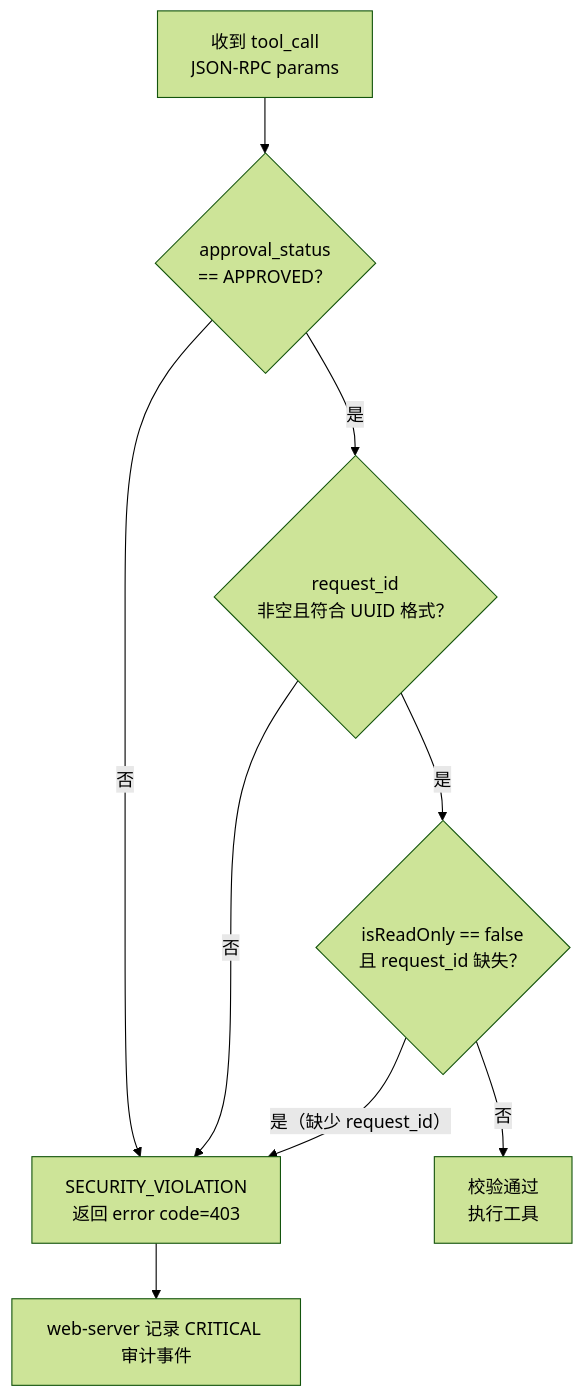
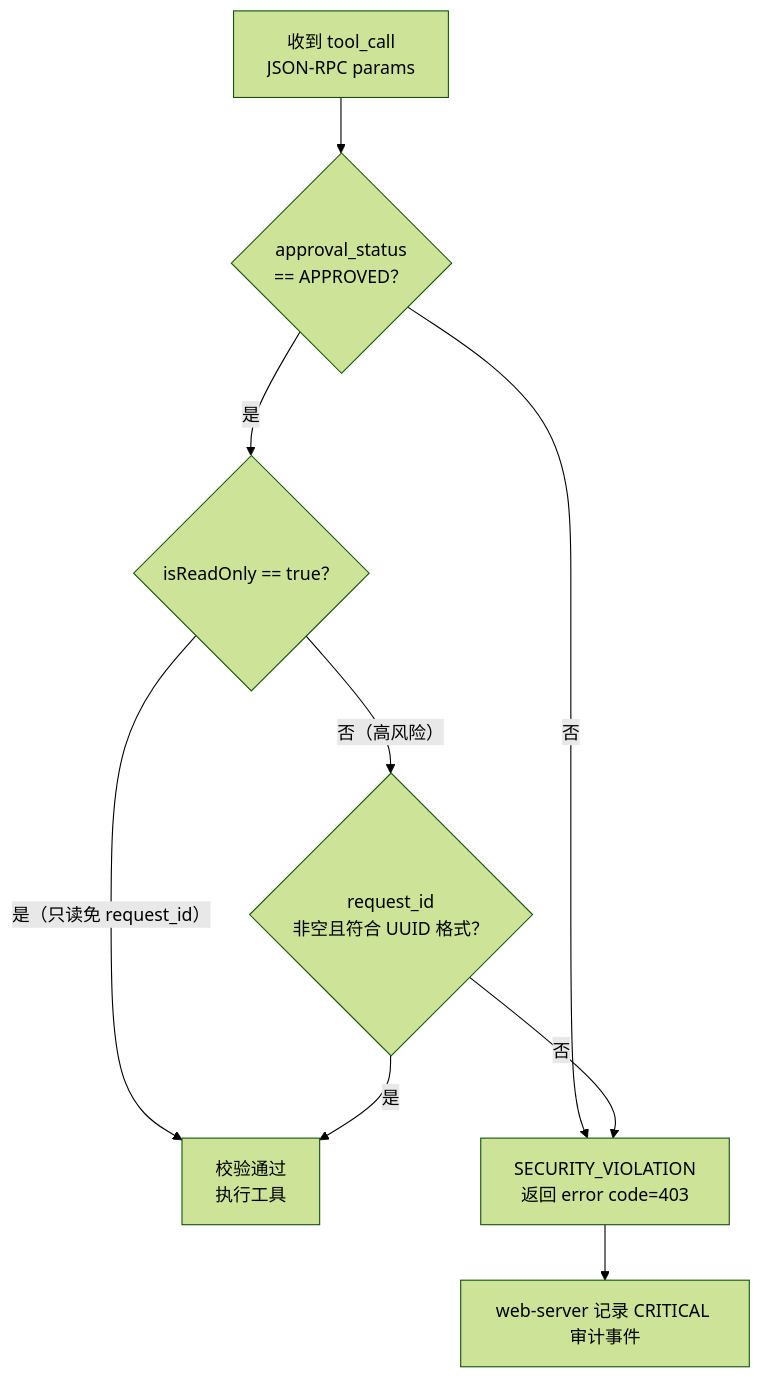
One commit to nazzeDe/alascup-agent changed the second of 7 diagrams in tool-server/graph.md. Above: the diagram before and after it, drawn with Mermaid (forest theme). The commit also changed 50 other files, not shown here.

````diff
--- a/tool-server/graph.md
+++ b/tool-server/graph.md
@@ -97,21 +97,21 @@
 ```mermaid
 flowchart TD
     %% 声明
     receive["收到 tool_call<br/>JSON-RPC params"]
     check_approval{"approval_status<br/>== APPROVED？"}
-    check_uuid{"request_id<br/>非空且符合 UUID 格式？"}
-    check_highrisk{"isReadOnly == false<br/>且 request_id 缺失？"}
+    check_readonly{"isReadOnly == true？"}
+    check_request{"request_id<br/>非空且符合 UUID 格式？"}
     pass["校验通过<br/>执行工具"]
     fail["SECURITY_VIOLATION<br/>返回 error code=403"]
     log["web-server 记录 CRITICAL 审计事件"]
 
     %% 连线
     receive --> check_approval
     check_approval -- "否" --> fail
-    check_approval -- "是" --> check_uuid
-    check_uuid -- "否" --> fail
-    check_uuid -- "是" --> check_highrisk
-    check_highrisk -- "是（缺少 request_id）" --> fail
-    check_highrisk -- "否" --> pass
+    check_approval -- "是" --> check_readonly
+    check_readonly -- "是（只读免 request_id）" --> pass
+    check_readonly -- "否（高风险）" --> check_request
+    check_request -- "否" --> fail
+    check_request -- "是" --> pass
     fail --> log
 ```
````
